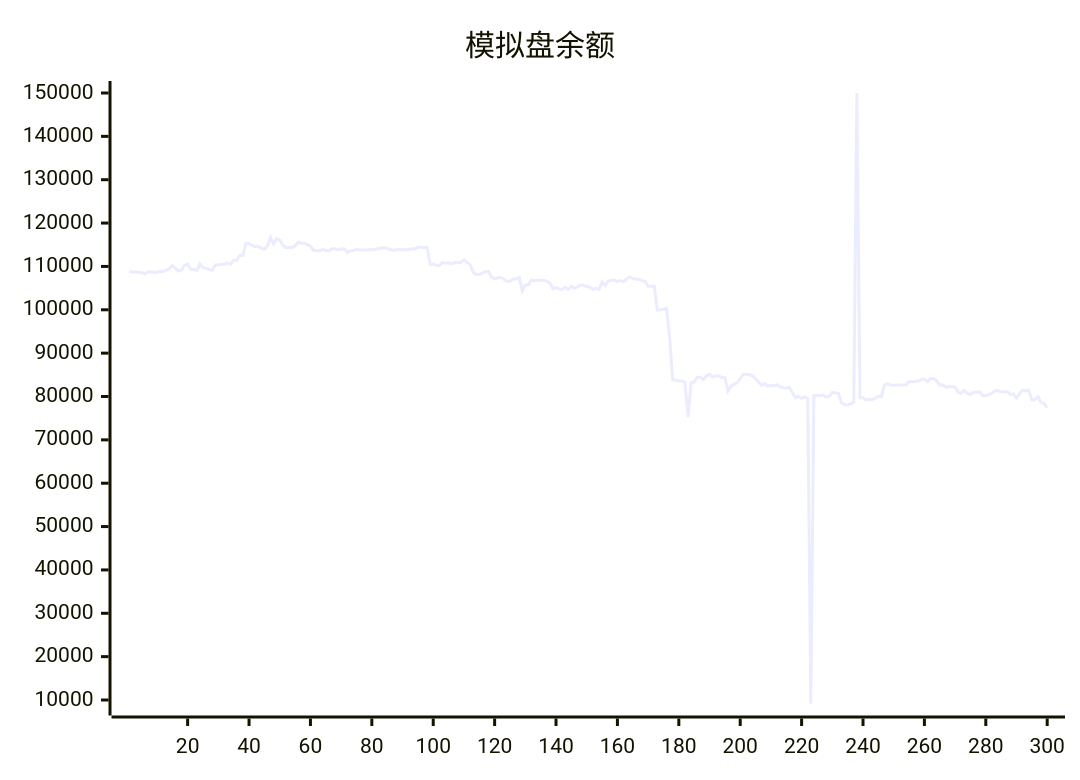
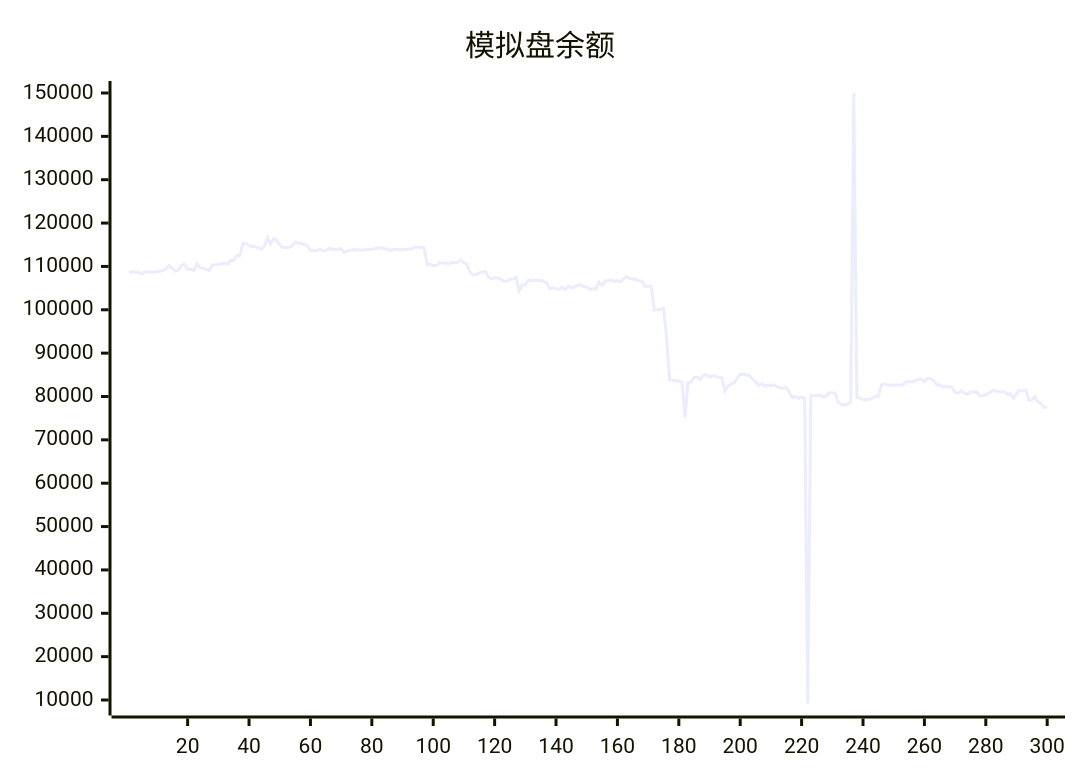
The diagram in README.md (aahl/ai-trading), drawn with Mermaid before and after one commit. The commit also changed other lines of this file and 1 other file, not shown here.

````diff
--- a/README.md
+++ b/README.md
@@ -5,5 +5,5 @@
 ```mermaid
 xychart
     title "模拟盘余额"
-    line [108897,108718,108760,108648,108602,108262,108718,108752,108644,108644,108863,108823,109162,109419,110224,109539,108945,109172,110262,110546,109304,109343,109053,110606,109702,109584,109337,109071,110342,110342,110488,110488,110814,110531,111421,111421,112518,112522,115341,115266,114830,114584,114588,114231,113973,114726,116697,115160,116423,116083,114950,114365,114365,114388,114730,115582,115358,115358,115032,114686,113688,113688,113610,113930,113672,113585,114083,114074,113840,113996,114051,113208,113593,113701,113901,113794,113784,113810,113848,113927,113929,114064,114232,114293,114144,113960,113698,113853,113942,113812,113908,113877,114091,113998,114427,114422,114384,114384,110477,110576,110198,110198,110890,110712,110812,110569,110929,110847,110968,111478,110870,110433,108661,108116,108115,108485,108797,108877,107536,107134,107393,107393,107046,106565,106565,107081,107081,107478,104404,105715,105749,106866,106651,106889,106771,106816,106565,106141,104876,105103,104796,104734,105169,104690,105380,104941,105272,105709,105739,105374,105227,104691,104924,104762,106364,105628,106608,106748,106872,106485,106721,106468,107132,107620,107224,107080,107001,106717,106567,105431,105431,105440,99950,100017,100113,100337,93749,83795,83807,83567,83567,83342,75168,83222,83336,84448,84449,83896,84839,85065,84499,84757,84757,84364,84347,81254,82385,82835,83184,84099,85150,85150,85002,84751,84096,83356,82582,82983,82404,82572,82512,82688,82200,82047,81920,82125,80840,79688,80060,79552,79920,79470,9193,80236,80208,80170,80336,79894,80006,80954,80837,80712,78561,78139,78037,78293,78682,150000,79720,79720,79214,79372,79279,79591,80046,79993,82625,82950,82626,82571,82633,82670,82670,82681,83386,83378,83464,83579,83920,84037,83402,84160,84142,83652,82655,82655,82145,82315,82243,82163,80934,80770,81371,80742,80468,80989,80989,81067,80191,80155,80450,80737,81309,81309,81106,81119,81119,80471,80631,79624,80670,81448,81290,81429,79212,79222,79940,78643,78380,77432]
+    line [108718,108760,108648,108602,108262,108718,108752,108644,108644,108863,108823,109162,109419,110224,109539,108945,109172,110262,110546,109304,109343,109053,110606,109702,109584,109337,109071,110342,110342,110488,110488,110814,110531,111421,111421,112518,112522,115341,115266,114830,114584,114588,114231,113973,114726,116697,115160,116423,116083,114950,114365,114365,114388,114730,115582,115358,115358,115032,114686,113688,113688,113610,113930,113672,113585,114083,114074,113840,113996,114051,113208,113593,113701,113901,113794,113784,113810,113848,113927,113929,114064,114232,114293,114144,113960,113698,113853,113942,113812,113908,113877,114091,113998,114427,114422,114384,114384,110477,110576,110198,110198,110890,110712,110812,110569,110929,110847,110968,111478,110870,110433,108661,108116,108115,108485,108797,108877,107536,107134,107393,107393,107046,106565,106565,107081,107081,107478,104404,105715,105749,106866,106651,106889,106771,106816,106565,106141,104876,105103,104796,104734,105169,104690,105380,104941,105272,105709,105739,105374,105227,104691,104924,104762,106364,105628,106608,106748,106872,106485,106721,106468,107132,107620,107224,107080,107001,106717,106567,105431,105431,105440,99950,100017,100113,100337,93749,83795,83807,83567,83567,83342,75168,83222,83336,84448,84449,83896,84839,85065,84499,84757,84757,84364,84347,81254,82385,82835,83184,84099,85150,85150,85002,84751,84096,83356,82582,82983,82404,82572,82512,82688,82200,82047,81920,82125,80840,79688,80060,79552,79920,79470,9193,80236,80208,80170,80336,79894,80006,80954,80837,80712,78561,78139,78037,78293,78682,150000,79720,79720,79214,79372,79279,79591,80046,79993,82625,82950,82626,82571,82633,82670,82670,82681,83386,83378,83464,83579,83920,84037,83402,84160,84142,83652,82655,82655,82145,82315,82243,82163,80934,80770,81371,80742,80468,80989,80989,81067,80191,80155,80450,80737,81309,81309,81106,81119,81119,80471,80631,79624,80670,81448,81290,81429,79212,79222,79940,78643,78380,77432,77623]
 ```
````
